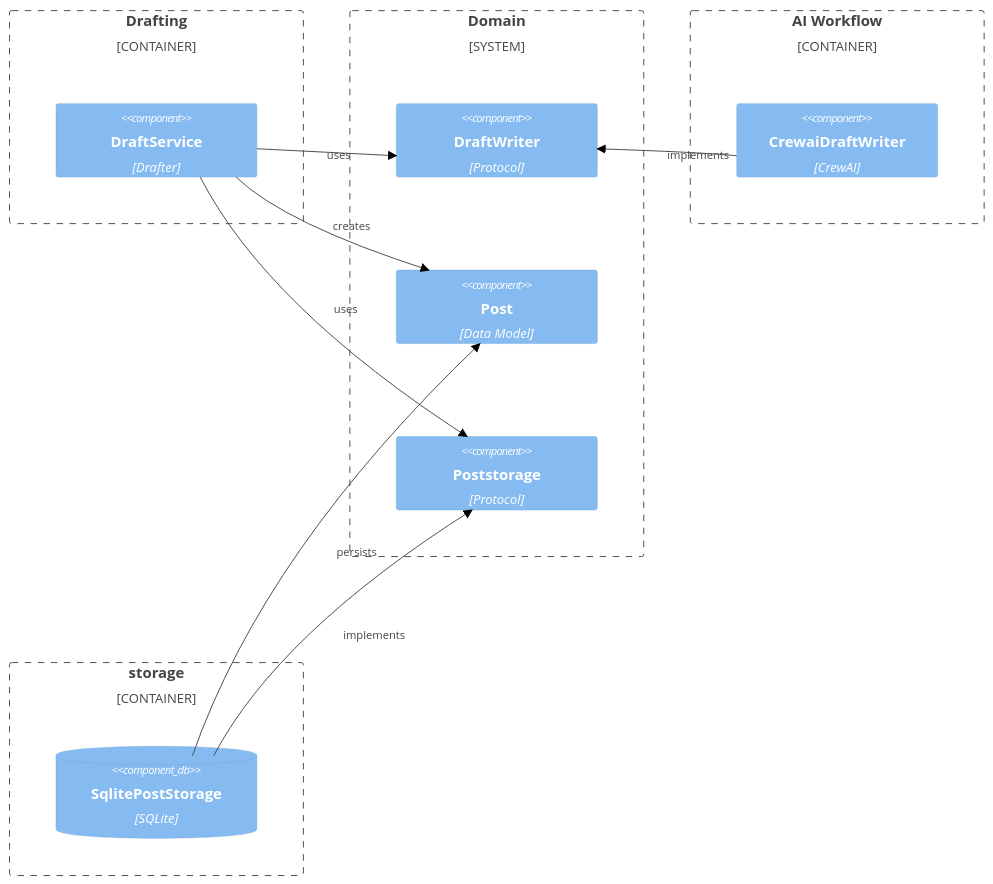
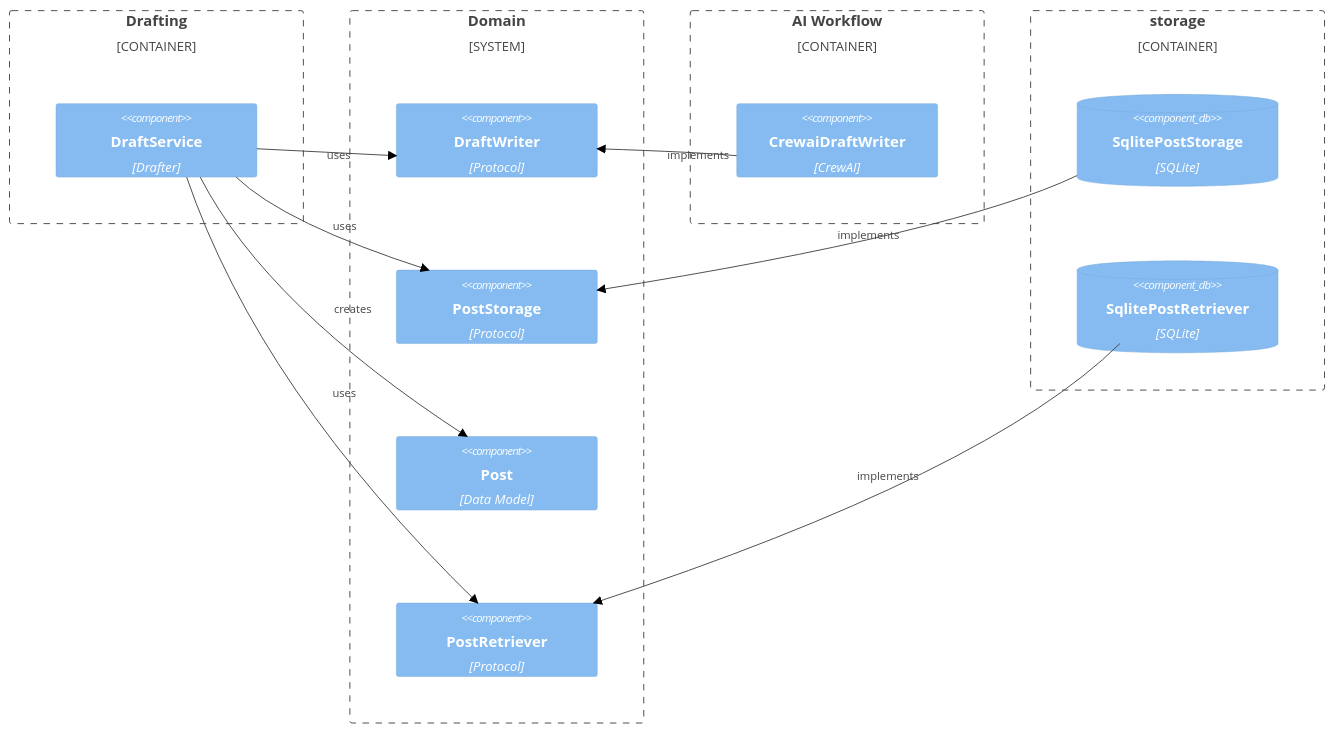
The first of 3 diagrams in src/linkedin_idea_to_post/README.md (ADarko22/linkedin-idea-to-post), drawn with Mermaid (neutral theme) before and after one commit. The commit also changed other lines of this file and 16 other files, not shown here.

Commit message:
Add Full-Text Search in sqlite_post_retrieval.py and used for searching relevant topics for voice examples; Add delete to PostStorage protocol and its Sqlite implementation

````diff
--- a/src/linkedin_idea_to_post/README.md
+++ b/src/linkedin_idea_to_post/README.md
@@ -7,27 +7,31 @@
 ```mermaid
 C4Component
     Container_Boundary(draft_b, "Drafting") {
         Component(drafter, "DraftService", "Drafter")
     }
 
     System_Boundary(domain_b, "Domain") {
         Component(writer_p, "DraftWriter", "Protocol")
+        Component(storage_p, "PostStorage", "Protocol")
         Component(post_m, "Post", "Data Model")
-        Component(storage_p, "Poststorage", "Protocol")
+        Component(retriever_p, "PostRetriever", "Protocol")
     }
 
     Container_Boundary(workflow_b, "AI Workflow") {
         Component(writer, "CrewaiDraftWriter", "CrewAI")
     }
+    
     Container_Boundary(storage_b, "storage") {
         ComponentDb(storage, "SqlitePostStorage", "SQLite")
+        ComponentDb(retriever, "SqlitePostRetriever", "SQLite")
     }
 
     Rel_R(drafter, writer_p, "uses")
     Rel_R(drafter, post_m, "creates")
     Rel_R(drafter, storage_p, "uses")
+    Rel_R(drafter, retriever_p, "uses")
     Rel_L(writer, writer_p, "implements")
-    Rel_L(storage, post_m, "persists")
     Rel_L(storage, storage_p, "implements")
-    UpdateLayoutConfig($c4ShapeInRow="1", $c4BoundaryInRow="3")
+    Rel_L(retriever, retriever_p, "implements")
+    UpdateLayoutConfig($c4ShapeInRow="1", $c4BoundaryInRow="4")
 ```
````
